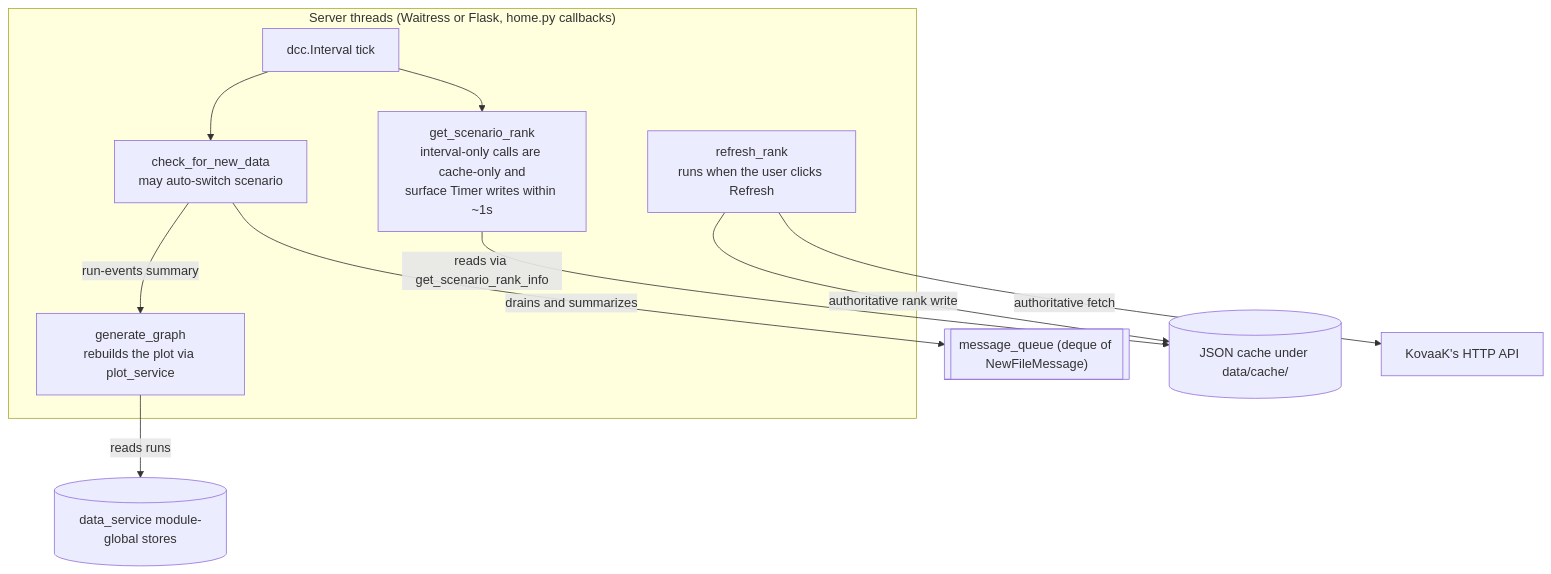
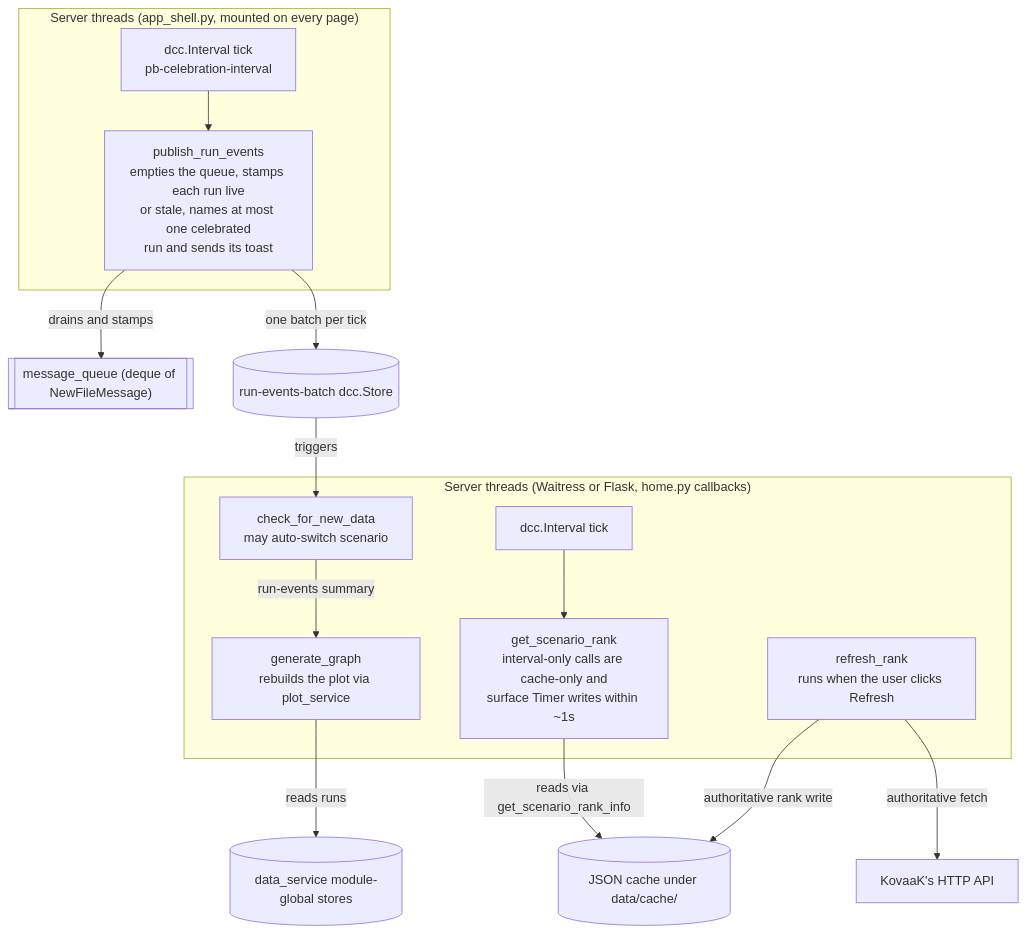
Before and after one commit to MingoDynasty/Corporate-Serf-Dashboard: the second of 3 diagrams in docs/architecture.md, drawn with Mermaid. The commit also changed other lines of this file and 5 other files, not shown here.

````diff
--- a/docs/architecture.md
+++ b/docs/architecture.md
@@ -71,24 +71,32 @@
 ```mermaid
 flowchart TD
+    subgraph Shell["Server threads (app_shell.py, mounted on every page)"]
+        ShellTick["dcc.Interval tick<br/>pb-celebration-interval"]
+        Drain["publish_run_events<br/>empties the queue, stamps each run live<br/>or stale, names at most one celebrated<br/>run and sends its toast"]
+        ShellTick --> Drain
+    end
+
     subgraph Server["Server threads (Waitress or Flask, home.py callbacks)"]
         Tick["dcc.Interval tick"]
         Check["check_for_new_data<br/>may auto-switch scenario"]
         Graph["generate_graph<br/>rebuilds the plot via plot_service"]
         Rank["get_scenario_rank<br/>interval-only calls are cache-only and<br/>surface Timer writes within ~1s"]
         Refresh["refresh_rank<br/>runs when the user clicks Refresh"]
-        Tick --> Check
         Check -->|"run-events summary"| Graph
         Tick --> Rank
     end
 
     Queue[["message_queue (deque of NewFileMessage)"]]
+    Batch[("run-events-batch dcc.Store")]
     Stores[("data_service module-global stores")]
     Cache[("JSON cache under data/cache/")]
     API["KovaaK's HTTP API"]
 
-    Check -->|"drains and summarizes"| Queue
+    Drain -->|"drains and stamps"| Queue
+    Drain -->|"one batch per tick"| Batch
+    Batch -->|"triggers"| Check
     Graph -->|"reads runs"| Stores
     Rank -->|"reads via get_scenario_rank_info"| Cache
     Refresh -->|"authoritative fetch"| API
     Refresh -->|"authoritative rank write"| Cache
 ```
````
